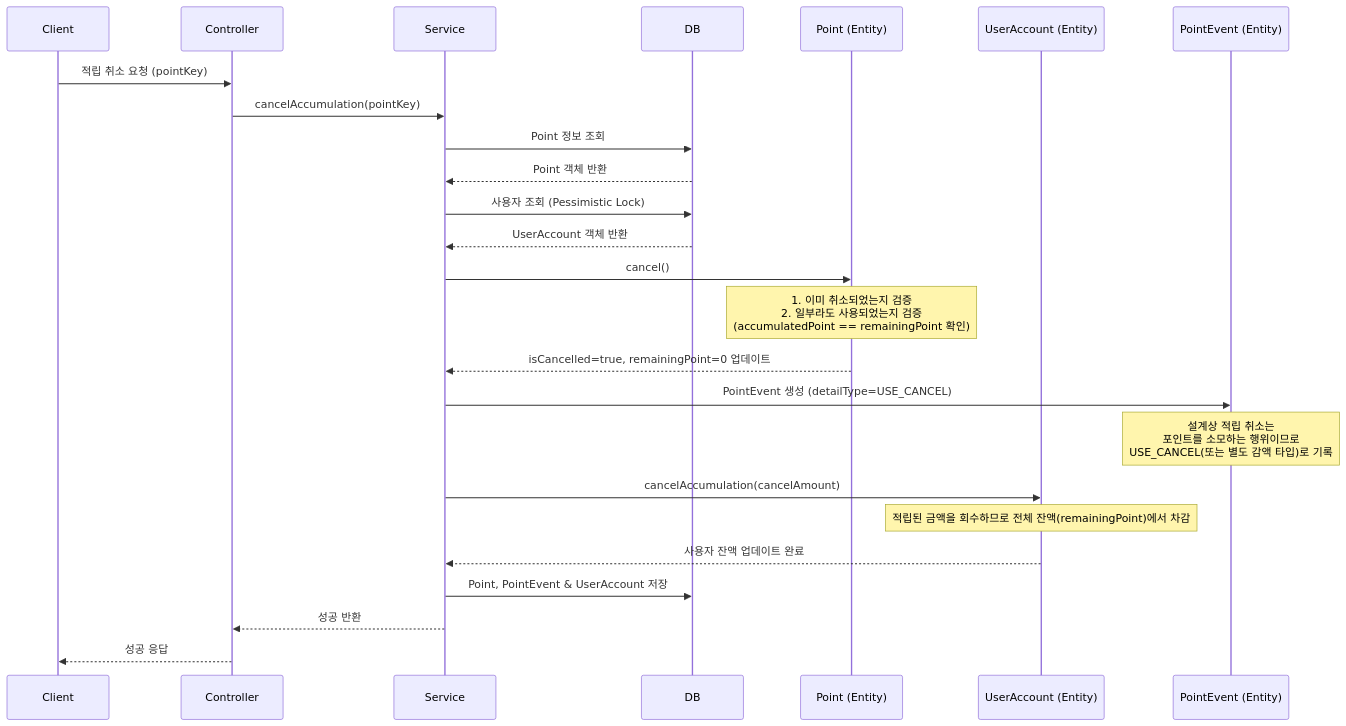
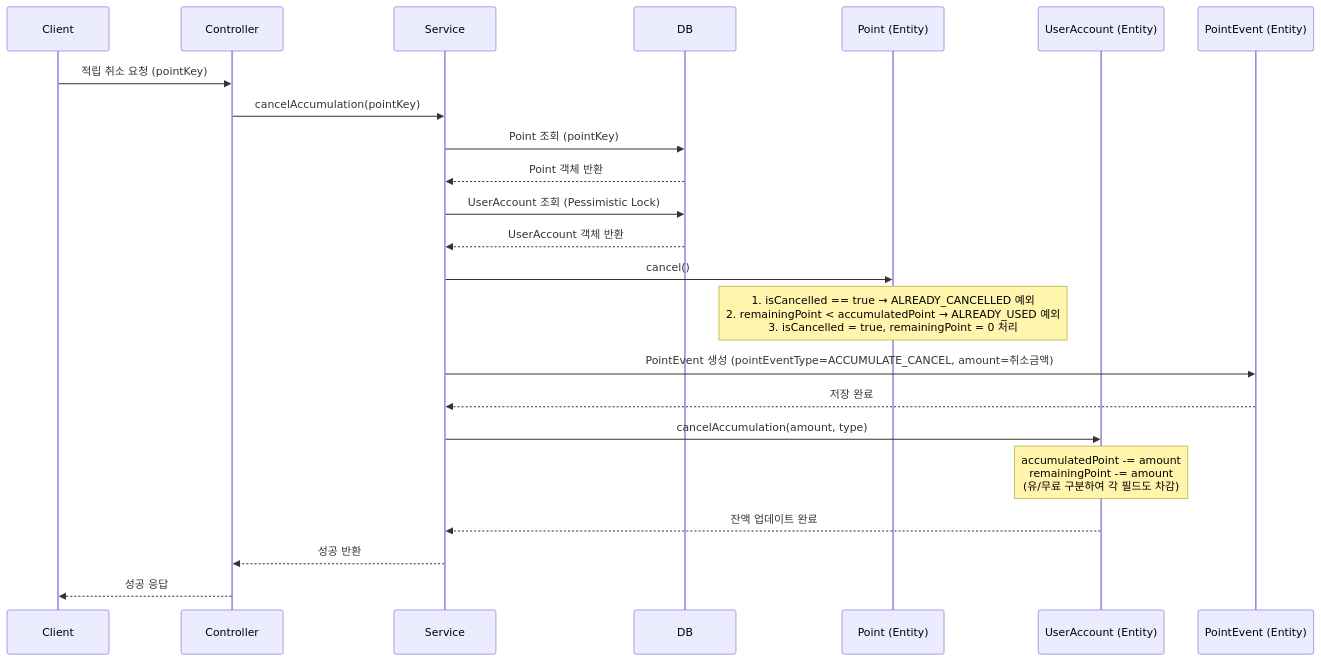
The diagram in docs/api/적립 취소.md (muzzaiwork/point), drawn with Mermaid before and after one commit. The commit also changed other lines of this file and 3 other files, not shown here.

````diff
--- a/docs/api/적립 취소.md
+++ b/docs/api/적립 취소.md
@@ -52,33 +53,32 @@
 ```mermaid
 sequenceDiagram
     participant Client
     participant Controller
     participant Service
     participant DB
     participant PointEntity as Point (Entity)
     participant UserAccountEntity as UserAccount (Entity)
     participant EventEntity as PointEvent (Entity)
 
     Client->>Controller: 적립 취소 요청 (pointKey)
     Controller->>Service: cancelAccumulation(pointKey)
-    Service->>DB: Point 정보 조회
+
+    Service->>DB: Point 조회 (pointKey)
     DB-->>Service: Point 객체 반환
-    
-    Service->>DB: 사용자 조회 (Pessimistic Lock)
+
+    Service->>DB: UserAccount 조회 (Pessimistic Lock)
     DB-->>Service: UserAccount 객체 반환
-    
+
     Service->>PointEntity: cancel()
-    Note over PointEntity: 1. 이미 취소되었는지 검증<br/>2. 일부라도 사용되었는지 검증<br/>(accumulatedPoint == remainingPoint 확인)
-    PointEntity-->>Service: isCancelled=true, remainingPoint=0 업데이트
+    Note over PointEntity: 1. isCancelled == true → ALREADY_CANCELLED 예외<br/>2. remainingPoint < accumulatedPoint → ALREADY_USED 예외<br/>3. isCancelled = true, remainingPoint = 0 처리
 
-    Service->>EventEntity: PointEvent 생성 (detailType=USE_CANCEL)
-    Note over EventEntity: 설계상 적립 취소는<br/>포인트를 소모하는 행위이므로<br/>USE_CANCEL(또는 별도 감액 타입)로 기록
-    
-    Service->>UserAccountEntity: cancelAccumulation(cancelAmount)
-    Note over UserAccountEntity: 적립된 금액을 회수하므로 전체 잔액(remainingPoint)에서 차감
-    UserAccountEntity-->>Service: 사용자 잔액 업데이트 완료
-    
-    Service->>DB: Point, PointEvent & UserAccount 저장
+    Service->>EventEntity: PointEvent 생성 (pointEventType=ACCUMULATE_CANCEL, amount=취소금액)
+    EventEntity-->>Service: 저장 완료
+
+    Service->>UserAccountEntity: cancelAccumulation(amount, type)
+    Note over UserAccountEntity: accumulatedPoint -= amount<br/>remainingPoint -= amount<br/>(유/무료 구분하여 각 필드도 차감)
+    UserAccountEntity-->>Service: 잔액 업데이트 완료
+
     Service-->>Controller: 성공 반환
     Controller-->>Client: 성공 응답
 ```
````
